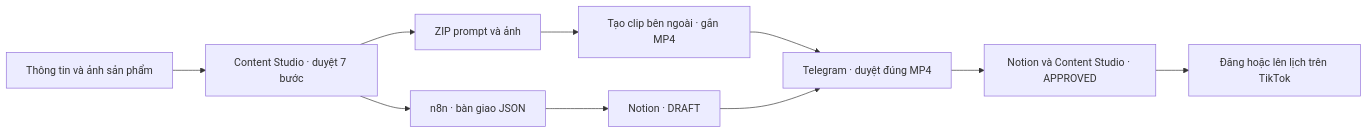
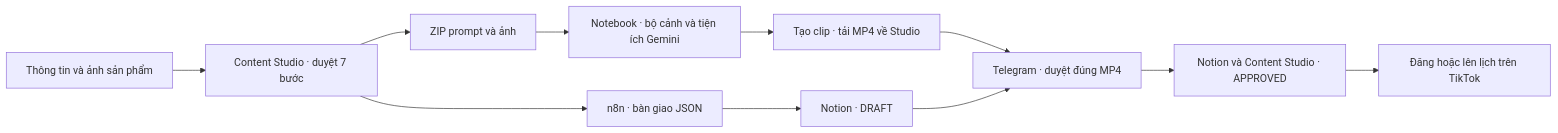
One commit to QuanPhan78/AI-Tiktok changed the diagram in README.md. Above: the diagram before and after it, drawn with Mermaid. The commit also changed other lines of this file and 38 other files, not shown here.

First line of the commit message:
feat: unify Studio, Gemini Notebook and automation workflows

````diff
--- a/README.md
+++ b/README.md
@@ -7,12 +7,13 @@
 ```mermaid
 flowchart LR
     I["Thông tin và ảnh sản phẩm"] --> C["Content Studio · duyệt 7 bước"]
     C --> Z["ZIP prompt và ảnh"]
-    Z --> M["Tạo clip bên ngoài · gắn MP4"]
+    Z --> G["Notebook · bộ cảnh và tiện ích Gemini"]
+    G --> M["Tạo clip · tải MP4 về Studio"]
     C --> N["n8n · bàn giao JSON"]
     N --> D["Notion · DRAFT"]
     M --> T["Telegram · duyệt đúng MP4"]
     D --> T
     T --> A["Notion và Content Studio · APPROVED"]
     A --> P["Đăng hoặc lên lịch trên TikTok"]
 ```
````
